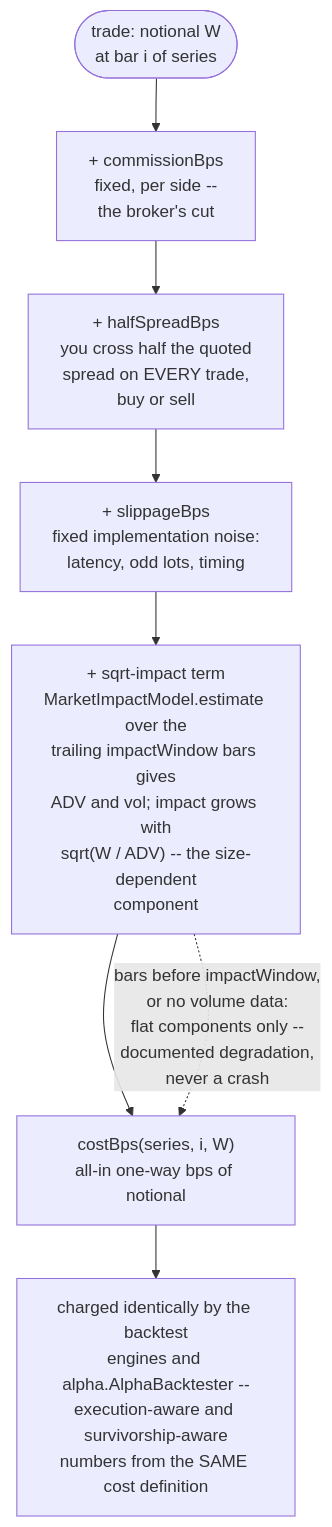
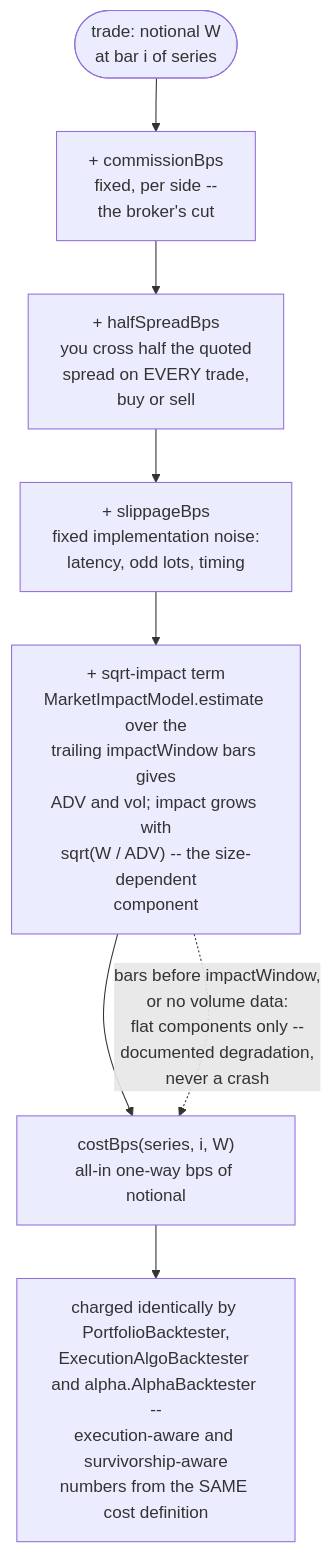
Before and after one commit to AshJha0/Quant-Finance-Library: diagram 33 of 50 in docs/DIAGRAMS.md, drawn with Mermaid. The commit also changed other lines of this file and 2 other files, not shown here.

First line of the commit message:
docs: wave-2 review fixes — 2 exercise corrections, 11 diagram-narration edits, recipe 40 example repaired

````diff
--- a/docs/DIAGRAMS.md
+++ b/docs/DIAGRAMS.md
@@ -1193,11 +1194,11 @@
 ```mermaid
 flowchart TD
     T33(["trade: notional W<br/>at bar i of series"]) --> C1_33["+ commissionBps<br/>fixed, per side --<br/>the broker's cut"]
     C1_33 --> C2_33["+ halfSpreadBps<br/>you cross half the quoted<br/>spread on EVERY trade,<br/>buy or sell"]
     C2_33 --> C3_33["+ slippageBps<br/>fixed implementation noise:<br/>latency, odd lots, timing"]
     C3_33 --> C4_33["+ sqrt-impact term<br/>MarketImpactModel.estimate over the<br/>trailing impactWindow bars gives<br/>ADV and vol; impact grows with<br/>sqrt(W / ADV) -- the size-dependent<br/>component"]
     C4_33 --> SUM33["costBps(series, i, W)<br/>all-in one-way bps of notional"]
 
     C4_33 -.->|"bars before impactWindow,<br/>or no volume data:<br/>flat components only --<br/>documented degradation,<br/>never a crash"| SUM33
-    SUM33 --> USE33["charged identically by the backtest<br/>engines and alpha.AlphaBacktester --<br/>execution-aware and survivorship-aware<br/>numbers from the SAME cost definition"]
+    SUM33 --> USE33["charged identically by PortfolioBacktester,<br/>ExecutionAlgoBacktester and alpha.AlphaBacktester --<br/>execution-aware and survivorship-aware<br/>numbers from the SAME cost definition"]
 ```
````
